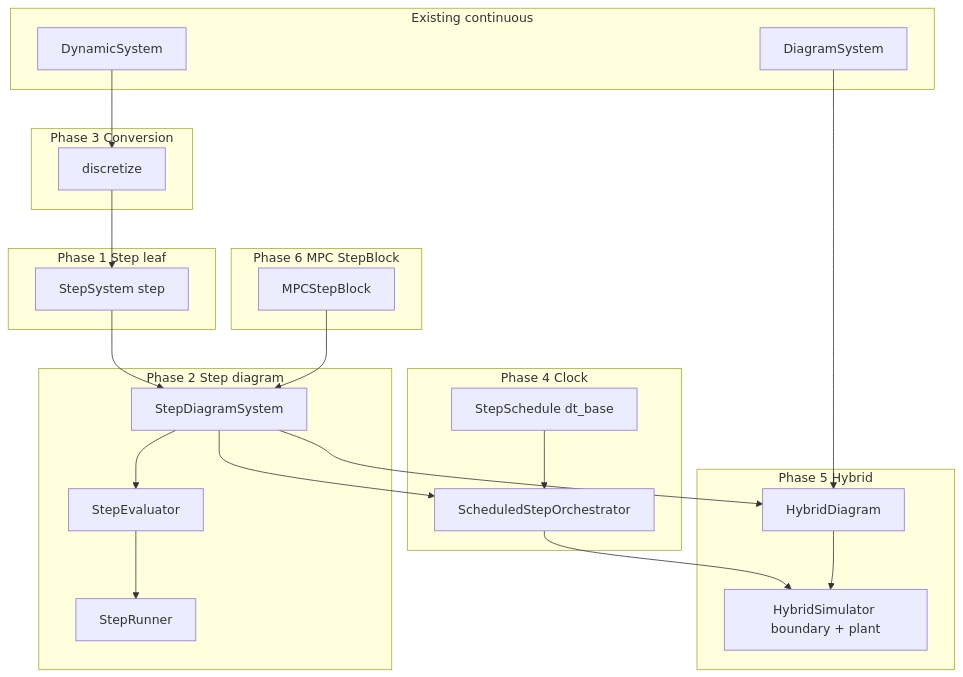
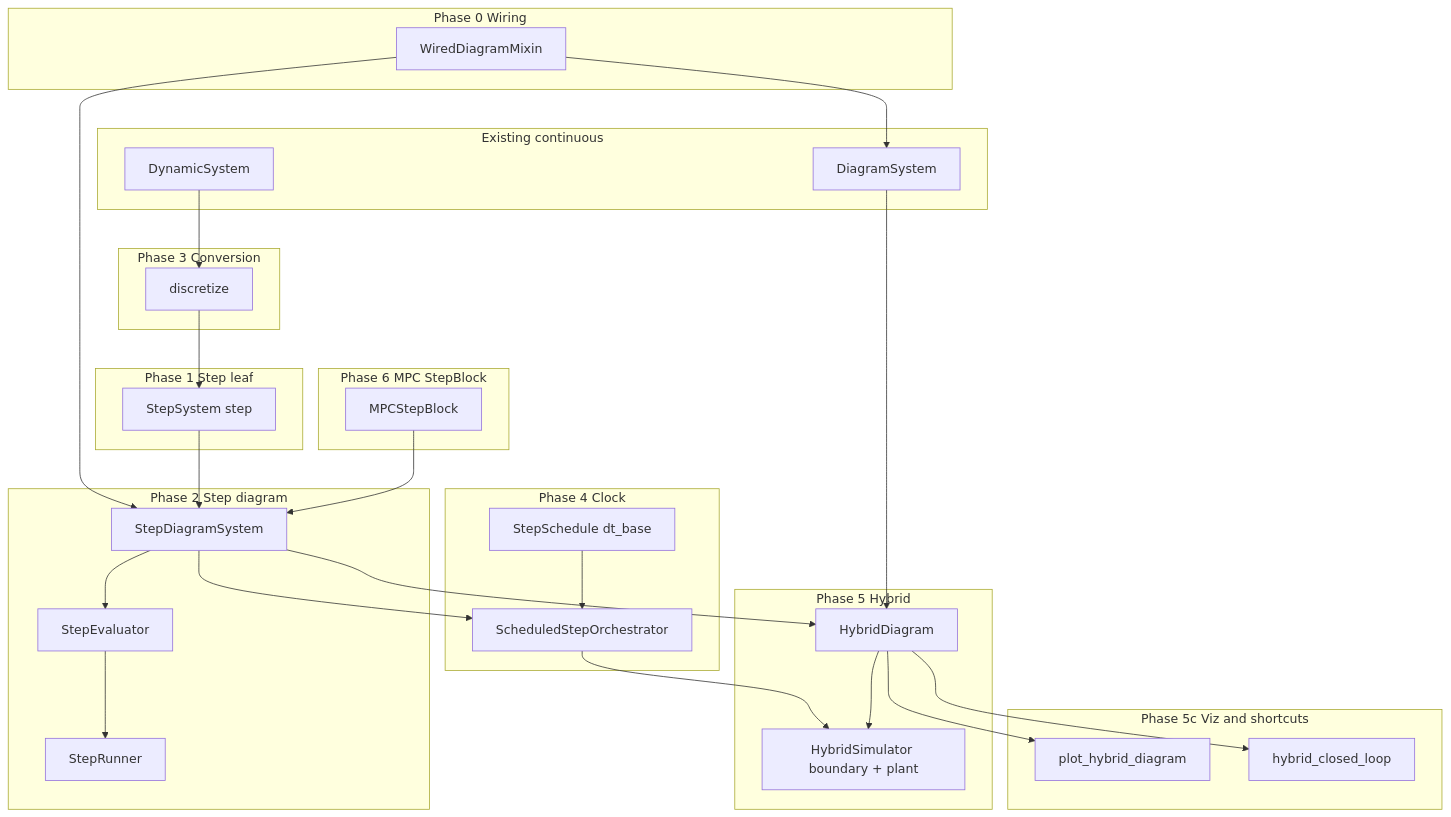
One commit to alx87grd/minilink changed the diagram in docs/plans/hybrid-discrete/00-master-plan.md. Above: the diagram before and after it, drawn with Mermaid. The commit also changed other lines of this file and 7 other files, not shown here.

First line of the commit message:
docs: add Phase 0 wiring refactor and Phase 5c hybrid viz/shortcuts

````diff
--- a/docs/plans/hybrid-discrete/00-master-plan.md
+++ b/docs/plans/hybrid-discrete/00-master-plan.md
@@ -26,46 +28,59 @@
 ```mermaid
 flowchart TB
+    subgraph P0 [Phase 0 Wiring]
+        WIR[WiredDiagramMixin]
+    end
+
     subgraph P1 [Phase 1 Step leaf]
         SS[StepSystem step]
     end
 
     subgraph P2 [Phase 2 Step diagram]
         SDS[StepDiagramSystem]
         SE[StepEvaluator]
         SR[StepRunner]
     end
 
     subgraph P3 [Phase 3 Conversion]
         DISC[discretize]
     end
 
     subgraph P4 [Phase 4 Clock]
         SCH[StepSchedule dt_base]
         ORCH[ScheduledStepOrchestrator]
     end
 
     subgraph P5 [Phase 5 Hybrid]
         HD[HybridDiagram]
         HS[HybridSimulator boundary + plant]
     end
 
+    subgraph P5c [Phase 5c Viz and shortcuts]
+        PLOT[plot_hybrid_diagram]
+        HCL[hybrid_closed_loop]
+    end
+
     subgraph P6 [Phase 6 MPC StepBlock]
         MPC[MPCStepBlock]
     end
 
     subgraph Cont [Existing continuous]
         DS[DynamicSystem]
         DF[DiagramSystem]
     end
 
+    WIR --> DF
+    WIR --> SDS
     SS --> SDS --> SE
     SE --> SR
     DS --> DISC --> SS
     SDS --> ORCH
     SCH --> ORCH
     ORCH --> HS
     SDS --> HD
     DF --> HD
     HD --> HS
+    HD --> PLOT
+    HD --> HCL
     MPC --> SDS
 ```
````
